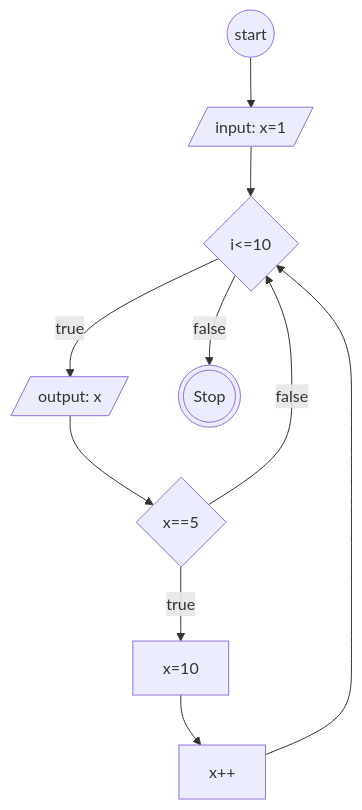
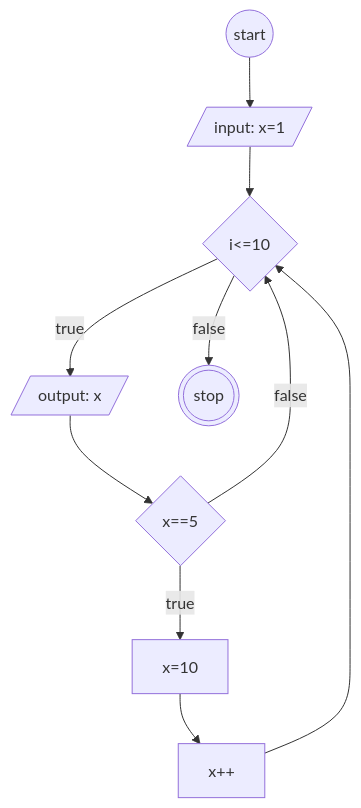
The diagram in flowchart-loop.md (mslthn/koda-b6-javascript1), drawn with Mermaid before and after one commit.

````diff
--- a/flowchart-loop.md
+++ b/flowchart-loop.md
@@ -2,19 +2,19 @@
 ```mermaid
 flowchart TD
 start@{shape: circ}
 init@{shape: lean-r, label: "input: x=1"}
 for@{shape: diamond, label: "i<=10"}
 cons@{shape: lean-r, label: "output: x"}
 if@{shape: diamond, label: "x==5"}
 ifTrue@{shape: rect, label: "x=10"}
 update@{shape: rect, label: "x++"}
-forStop@{shape: dbl-circ, label: "Stop"}
+forStop@{shape: dbl-circ, label: "stop"}
 
 
 start-->init-->for-->|true| cons-->if
 if-->|true| ifTrue 
 if-->|false| for
 for-->|false| forStop
 
 ifTrue-->update-->for
 ```
````
